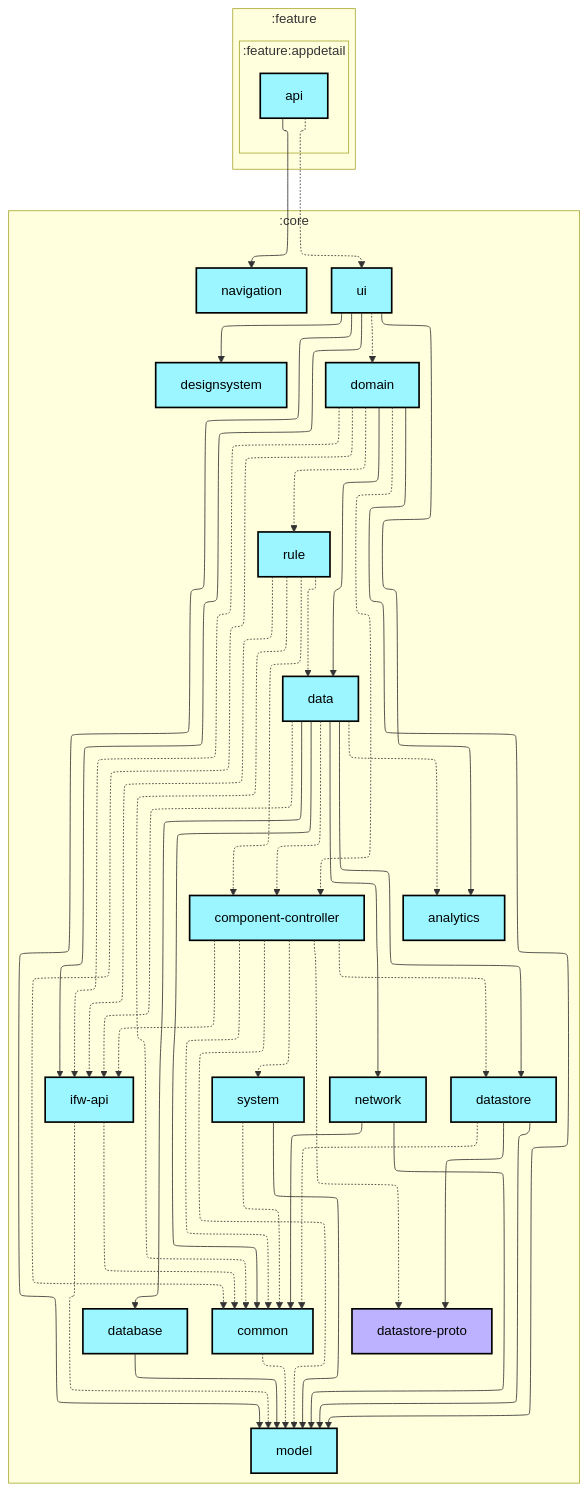
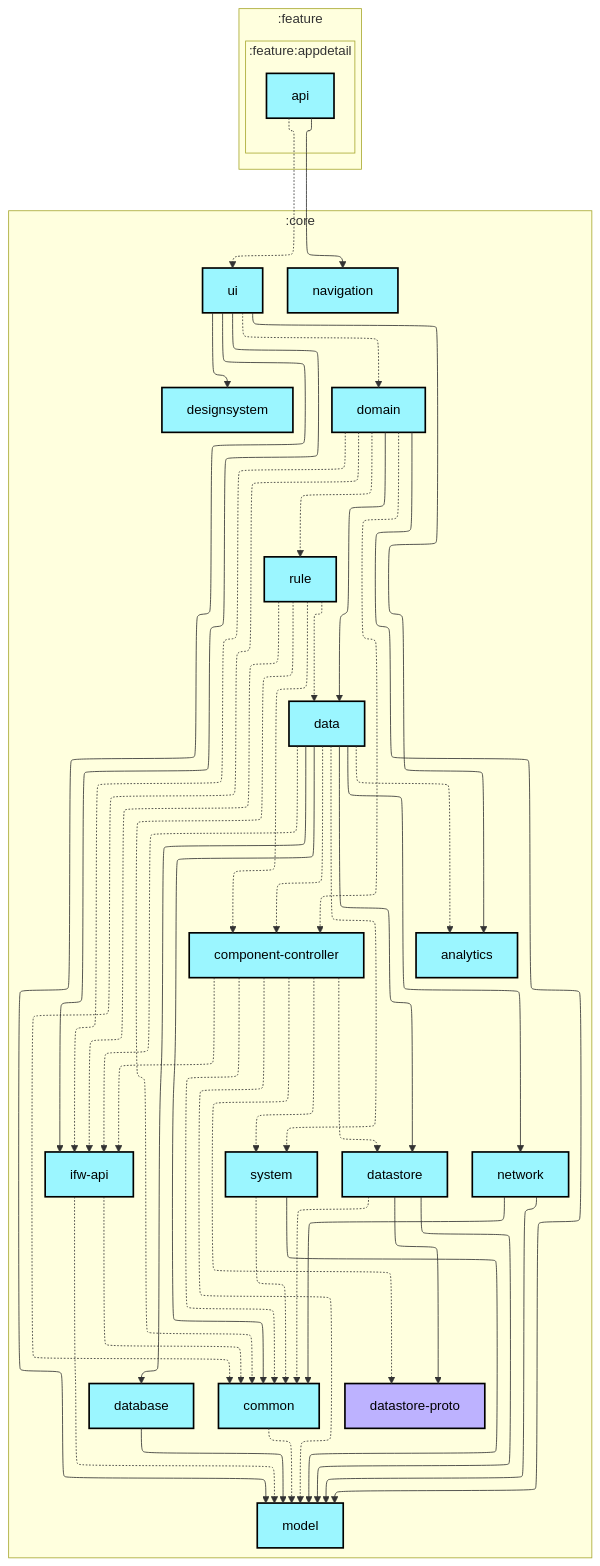
The first of 2 diagrams in feature/appdetail/api/README.md (lihenggui/blocker), drawn with Mermaid before and after one commit. The commit also changed 47 other files, not shown here.

```diff
--- a/feature/appdetail/api/README.md
+++ b/feature/appdetail/api/README.md
@@ -52,6 +52,7 @@
   :core:data --> :core:datastore
   :core:data -.-> :core:ifw-api
   :core:data --> :core:network
+  :core:data -.-> :core:system
   :core:database --> :core:model
   :core:datastore -.-> :core:common
   :core:datastore --> :core:datastore-proto
```
